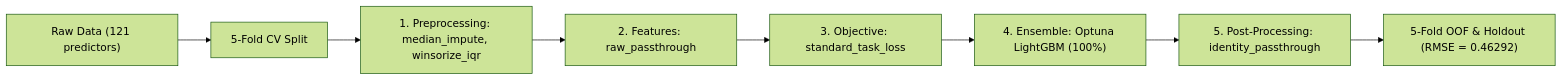
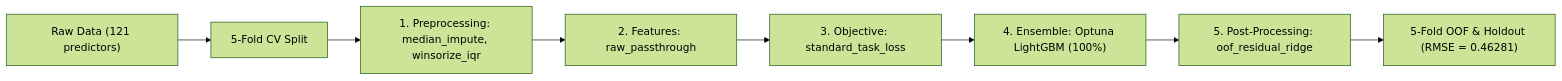
Before and after one commit to stefanoclss/UM-Game-Playing-Strength-of-MCTS-Variants: the diagram in README.md, drawn with Mermaid (forest theme). The commit also changed other lines of this file, not shown here.

First line of the commit message:
docs(readme): refresh verified OOF benchmark & build ledger (RMSE=0.46281)

````diff
--- a/README.md
+++ b/README.md
@@ -70,10 +71,10 @@
 ```mermaid
 flowchart LR
     DATA["Raw Data (121 predictors)"] --> SPLIT["5-Fold CV Split"]
     SPLIT --> PRE["1. Preprocessing: median_impute, winsorize_iqr"]
     PRE --> FEAT["2. Features: raw_passthrough"]
     FEAT --> OBJ["3. Objective: standard_task_loss"]
     OBJ --> M0["4. Ensemble: Optuna LightGBM (100%)"]
-    M0 --> POST["5. Post-Processing: identity_passthrough"]
-    POST --> OUT["5-Fold OOF & Holdout (RMSE = 0.46292)"]
+    M0 --> POST["5. Post-Processing: oof_residual_ridge"]
+    POST --> OUT["5-Fold OOF & Holdout (RMSE = 0.46281)"]
 ```
````
